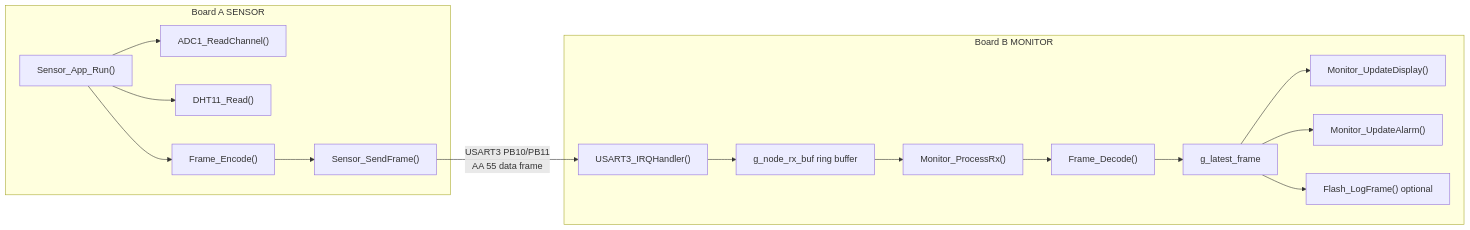
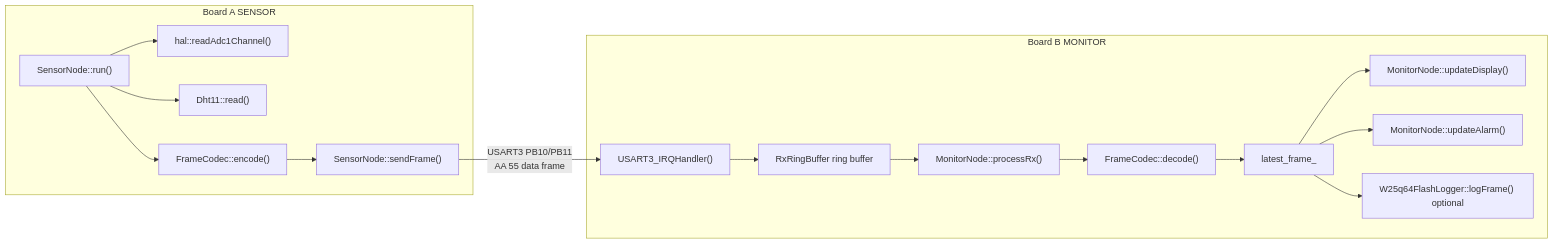
Before and after one commit to Cusnd/dual-stm32-safety-monitor: the first of 13 diagrams in docs/FUNCTION_DESIGN_WALKTHROUGH.en.md, drawn with Mermaid. The commit also changed other lines of this file and 78 other files, not shown here.

````diff
--- a/docs/FUNCTION_DESIGN_WALKTHROUGH.en.md
+++ b/docs/FUNCTION_DESIGN_WALKTHROUGH.en.md
@@ -16,21 +16,21 @@
 ```mermaid
 flowchart LR
   subgraph "Board A SENSOR"
-    A1["Sensor_App_Run()"] --> A2["ADC1_ReadChannel()"]
-    A1 --> A3["DHT11_Read()"]
-    A1 --> A4["Frame_Encode()"]
-    A4 --> A5["Sensor_SendFrame()"]
+    A1["SensorNode::run()"] --> A2["hal::readAdc1Channel()"]
+    A1 --> A3["Dht11::read()"]
+    A1 --> A4["FrameCodec::encode()"]
+    A4 --> A5["SensorNode::sendFrame()"]
   end
 
   A5 -- "USART3 PB10/PB11\nAA 55 data frame" --> B1
 
   subgraph "Board B MONITOR"
-    B1["USART3_IRQHandler()"] --> B2["g_node_rx_buf ring buffer"]
-    B2 --> B3["Monitor_ProcessRx()"]
-    B3 --> B4["Frame_Decode()"]
-    B4 --> B5["g_latest_frame"]
-    B5 --> B6["Monitor_UpdateDisplay()"]
-    B5 --> B7["Monitor_UpdateAlarm()"]
-    B5 --> B8["Flash_LogFrame() optional"]
+    B1["USART3_IRQHandler()"] --> B2["RxRingBuffer ring buffer"]
+    B2 --> B3["MonitorNode::processRx()"]
+    B3 --> B4["FrameCodec::decode()"]
+    B4 --> B5["latest_frame_"]
+    B5 --> B6["MonitorNode::updateDisplay()"]
+    B5 --> B7["MonitorNode::updateAlarm()"]
+    B5 --> B8["W25q64FlashLogger::logFrame() optional"]
   end
 ```
````
